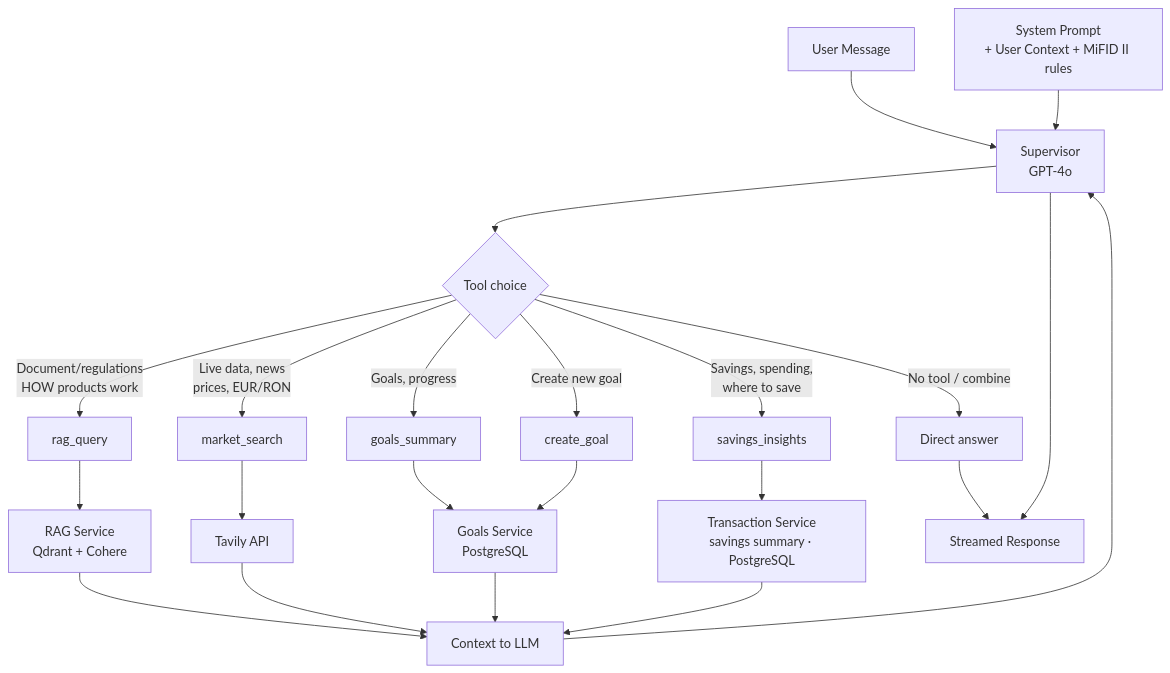
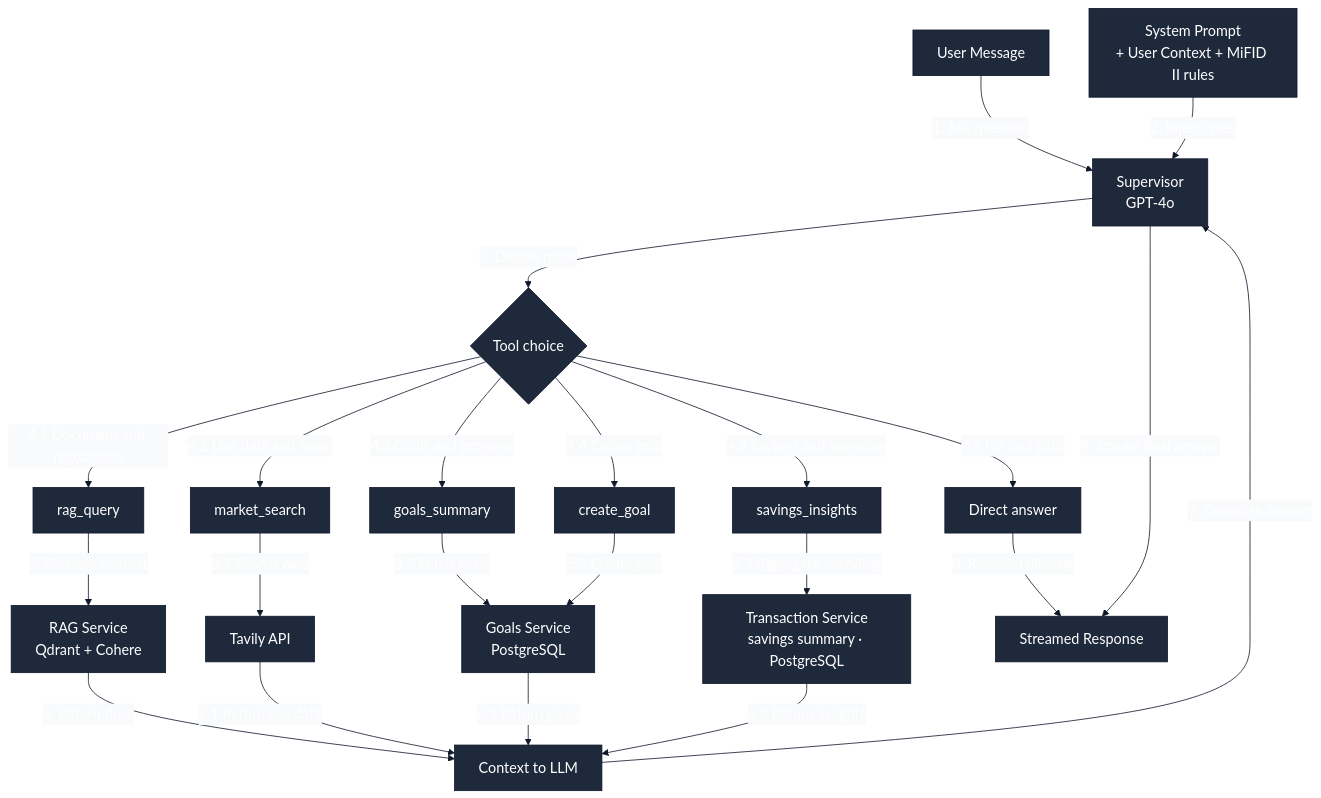
Before and after one commit to adrian-barcan/AIE9-Certification-Challenge: the fifth of 6 diagrams in README.md, drawn with Mermaid. The commit also changed other lines of this file and 15 other files, not shown here.

````diff
--- a/README.md
+++ b/README.md
@@ -222,31 +226,32 @@
 ```mermaid
+%%{init: {'theme':'base', 'themeVariables': {'primaryColor':'#1e293b','primaryTextColor':'#ffffff','primaryBorderColor':'#0f172a','secondaryColor':'#334155','secondaryTextColor':'#ffffff','secondaryBorderColor':'#0f172a','tertiaryColor':'#475569','tertiaryTextColor':'#ffffff','tertiaryBorderColor':'#0f172a','lineColor':'#0f172a','fontSize':'18px','edgeLabelBackground':'#f8fafc','nodeBorder':'#0f172a','nodeTextColor':'#ffffff','clusterBkg':'#f1f5f9','clusterBorder':'#1e293b','titleColor':'#0f172a'}}}%%
 flowchart TB
     User[User Message]
     Sys[System Prompt<br/>+ User Context + MiFID II rules]
     Supervisor[Supervisor<br/>GPT-4o]
-    User --> Supervisor
-    Sys --> Supervisor
+    User -->|"1. Ask question"| Supervisor
+    Sys -->|"2. Inject rules"| Supervisor
 
-    Supervisor --> Decision{Tool choice}
+    Supervisor -->|"3. Decide route"| Decision{Tool choice}
 
-    Decision -->|Document/regulations<br/>HOW products work| RAG[rag_query]
-    Decision -->|Live data, news<br/>prices, EUR/RON| Market[market_search]
-    Decision -->|Goals, progress| GoalsSum[goals_summary]
-    Decision -->|Create new goal| CreateGoal[create_goal]
-    Decision -->|Savings, spending,<br/>where to save| Savings[savings_insights]
-    Decision -->|No tool / combine| Direct[Direct answer]
+    Decision -->|"4.1 Document and regulations"| RAG[rag_query]
+    Decision -->|"4.2 Live data and news"| Market[market_search]
+    Decision -->|"4.3 Goals and progress"| GoalsSum[goals_summary]
+    Decision -->|"4.4 Create goal"| CreateGoal[create_goal]
+    Decision -->|"4.5 Savings and spending"| Savings[savings_insights]
+    Decision -->|"4.6 No tool path"| Direct[Direct answer]
 
-    RAG --> RAGService[RAG Service<br/>Qdrant + Cohere]
-    Market --> Tavily[Tavily API]
-    GoalsSum --> GoalsService[Goals Service<br/>PostgreSQL]
-    CreateGoal --> GoalsService
-    Savings --> TxService[Transaction Service<br/>savings summary · PostgreSQL]
+    RAG -->|"5. Retrieve context"| RAGService[RAG Service<br/>Qdrant + Cohere]
+    Market -->|"5.1 Search web"| Tavily[Tavily API]
+    GoalsSum -->|"5.2 Fetch goals"| GoalsService[Goals Service<br/>PostgreSQL]
+    CreateGoal -->|"5.2 Create goal"| GoalsService
+    Savings -->|"5.3 Aggregate spending"| TxService[Transaction Service<br/>savings summary · PostgreSQL]
 
-    RAGService --> Context[Context to LLM]
-    Tavily --> Context
-    GoalsService --> Context
-    TxService --> Context
-    Context --> Supervisor
-    Direct --> Response[Streamed Response]
-    Supervisor --> Response
+    RAGService -->|"6. Return docs"| Context[Context to LLM]
+    Tavily -->|"6.1 Return live data"| Context
+    GoalsService -->|"6.2 Return goals"| Context
+    TxService -->|"6.3 Return insights"| Context
+    Context -->|"7. Compose answer"| Supervisor
+    Direct -->|"8. Respond directly"| Response[Streamed Response]
+    Supervisor -->|"9. Stream final answer"| Response
 ```
````
